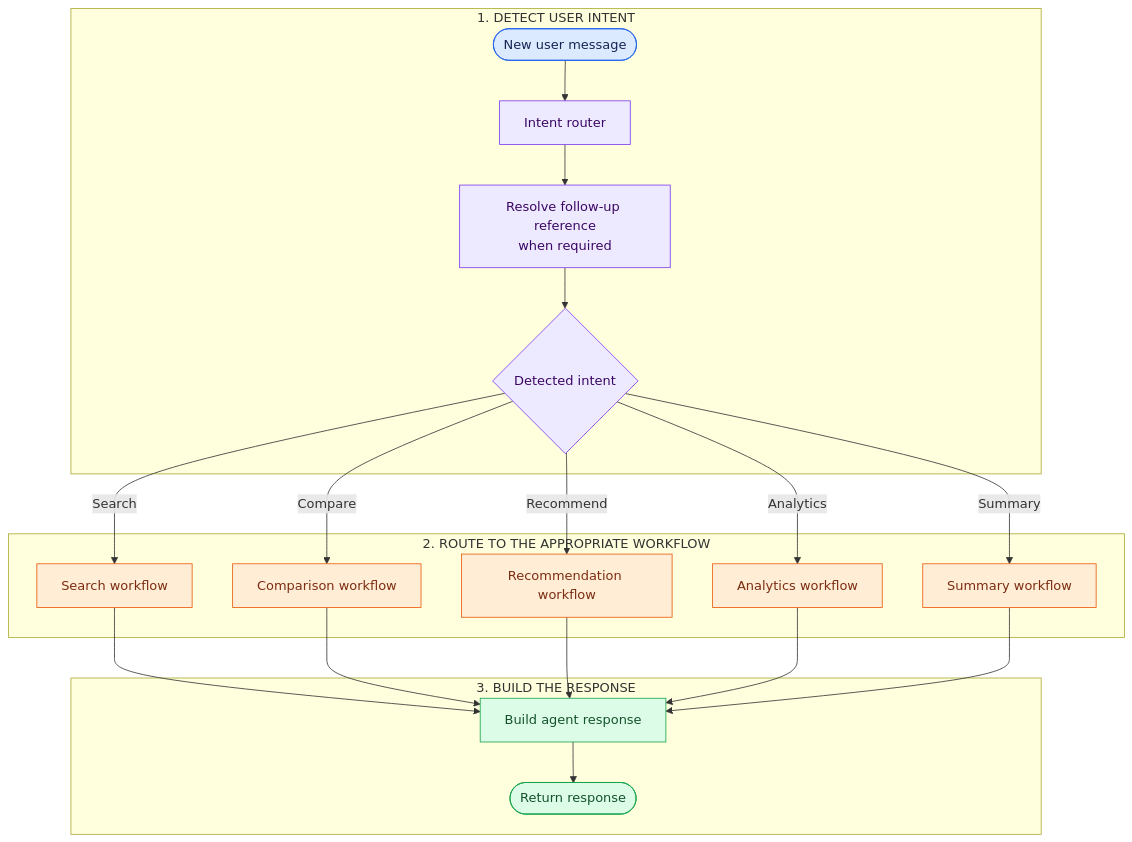
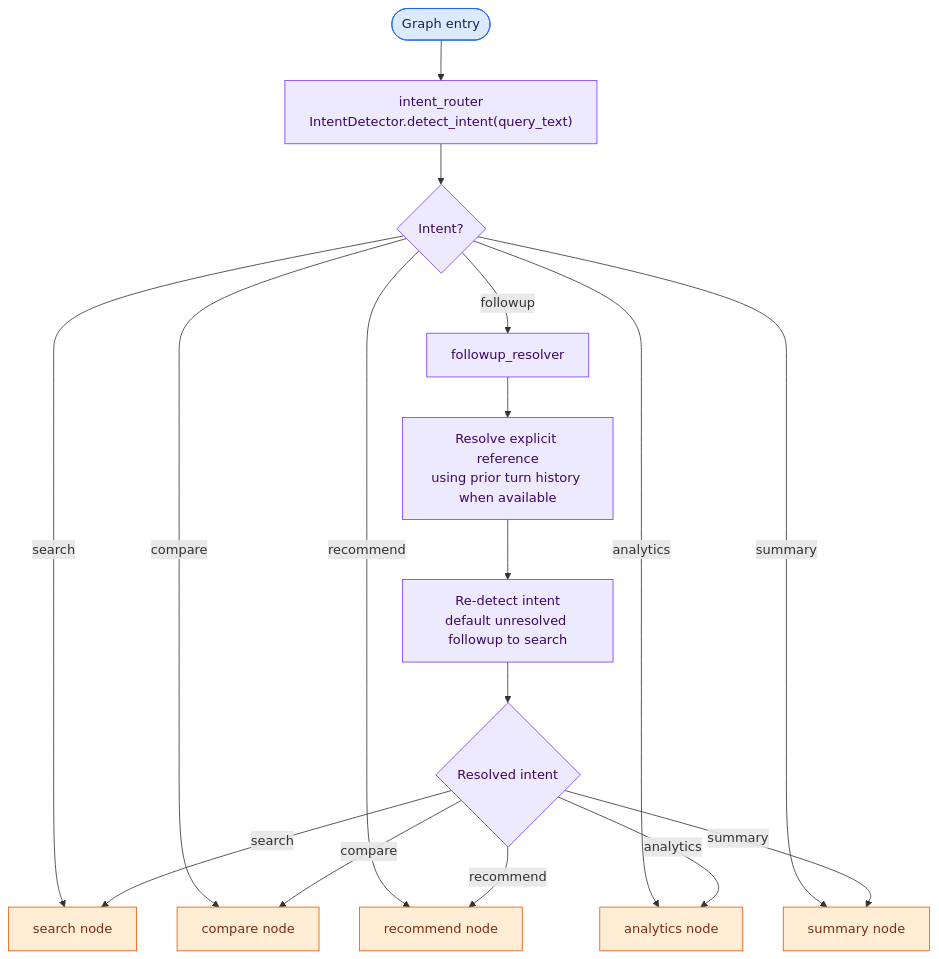
One commit to pratik-0302/job_description_agent changed diagram 16 of 20 in README.md. Above: the diagram before and after it, drawn with Mermaid. The commit also changed other lines of this file, not shown here.

Commit message:
docs: detail LangGraph query processing workflow

````diff
--- a/README.md
+++ b/README.md
@@ -1131,34 +1170,27 @@
 ```mermaid
 flowchart TB
-    subgraph ROUTING["1. DETECT USER INTENT"]
-        START(["New user message"]) --> INTENT["Intent router"]
-        INTENT --> FOLLOW["Resolve follow-up reference<br/>when required"]
-        FOLLOW --> ROUTE{"Detected intent"}
-    end
+    START(["Graph entry"]) --> ROUTER["intent_router<br/>IntentDetector.detect_intent(query_text)"]
+    ROUTER --> INTENT{"Intent?"}
+    INTENT -->|followup| FOLLOW["followup_resolver"]
+    INTENT -->|search| SEARCH["search node"]
+    INTENT -->|compare| COMPARE["compare node"]
+    INTENT -->|recommend| RECOMMEND["recommend node"]
+    INTENT -->|analytics| ANALYTICS["analytics node"]
+    INTENT -->|summary| SUMMARY["summary node"]
 
-    subgraph WORKFLOWS["2. ROUTE TO THE APPROPRIATE WORKFLOW"]
-        ROUTE -->|Search| SEARCH["Search workflow"]
-        ROUTE -->|Compare| COMPARE["Comparison workflow"]
-        ROUTE -->|Recommend| RECOMMEND["Recommendation workflow"]
-        ROUTE -->|Analytics| ANALYTICS["Analytics workflow"]
-        ROUTE -->|Summary| SUMMARY["Summary workflow"]
-    end
+    FOLLOW --> RESOLVE["Resolve explicit reference<br/>using prior turn history when available"]
+    RESOLVE --> RECHECK["Re-detect intent<br/>default unresolved followup to search"]
+    RECHECK --> TARGET{"Resolved intent"}
+    TARGET -->|search| SEARCH
+    TARGET -->|compare| COMPARE
+    TARGET -->|recommend| RECOMMEND
+    TARGET -->|analytics| ANALYTICS
+    TARGET -->|summary| SUMMARY
 
-    subgraph RESPONSE["3. BUILD THE RESPONSE"]
-        SEARCH --> BUILD["Build agent response"]
-        COMPARE --> BUILD
-        RECOMMEND --> BUILD
-        ANALYTICS --> BUILD
-        SUMMARY --> BUILD
-        BUILD --> END(["Return response"])
-    end
-
-    classDef input fill:#dbeafe,stroke:#2563eb,color:#172554
+    classDef start fill:#dbeafe,stroke:#2563eb,color:#172554
     classDef route fill:#ede9fe,stroke:#7c3aed,color:#3b0764
-    classDef workflow fill:#ffedd5,stroke:#ea580c,color:#7c2d12
-    classDef output fill:#dcfce7,stroke:#16a34a,color:#14532d
-    class START input
-    class INTENT,FOLLOW,ROUTE route
-    class SEARCH,COMPARE,RECOMMEND,ANALYTICS,SUMMARY workflow
-    class BUILD,END output
+    classDef agent fill:#ffedd5,stroke:#ea580c,color:#7c2d12
+    class START start
+    class ROUTER,INTENT,FOLLOW,RESOLVE,RECHECK,TARGET route
+    class SEARCH,COMPARE,RECOMMEND,ANALYTICS,SUMMARY agent
 ```
````
